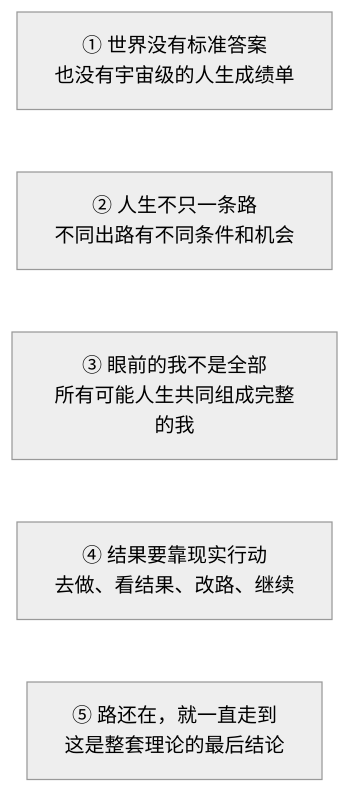
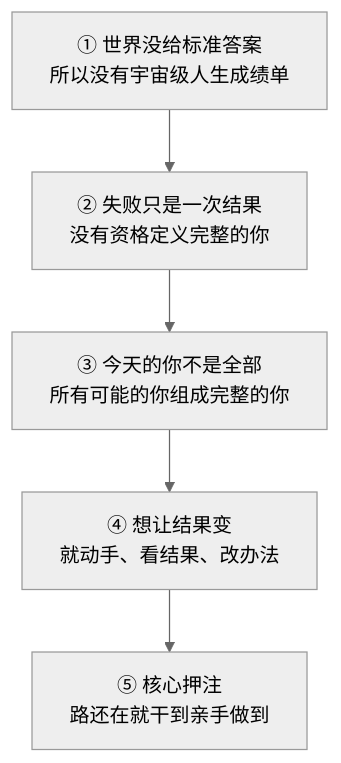
Before and after one commit to touensan/touen-circle-of-possibility: the diagram in README.md, drawn with Mermaid (neutral theme). The commit also changed other lines of this file and 1 other file, not shown here.

````diff
--- a/README.md
+++ b/README.md
@@ -281,13 +184,13 @@
 ```mermaid
 flowchart TB
-    A["① 世界没有标准答案<br/>也没有宇宙级的人生成绩单"]
-    B["② 人生不只一条路<br/>不同出路有不同条件和机会"]
-    C["③ 眼前的我不是全部<br/>所有可能人生共同组成完整的我"]
-    D["④ 结果要靠现实行动<br/>去做、看结果、改路、继续"]
-    E["⑤ 路还在，就一直走到<br/>这是整套理论的最后结论"]
+    A["① 世界没给标准答案<br/>所以没有宇宙级人生成绩单"]
+    B["② 失败只是一次结果<br/>没有资格定义完整的你"]
+    C["③ 今天的你不是全部<br/>所有可能的你组成完整的你"]
+    D["④ 想让结果变<br/>就动手、看结果、改办法"]
+    E["⑤ 核心押注<br/>路还在就干到亲手做到"]
 
-    A ~~~ B
-    B ~~~ C
-    C ~~~ D
-    D ~~~ E
+    A --> B
+    B --> C
+    C --> D
+    D --> E
 ```
````
